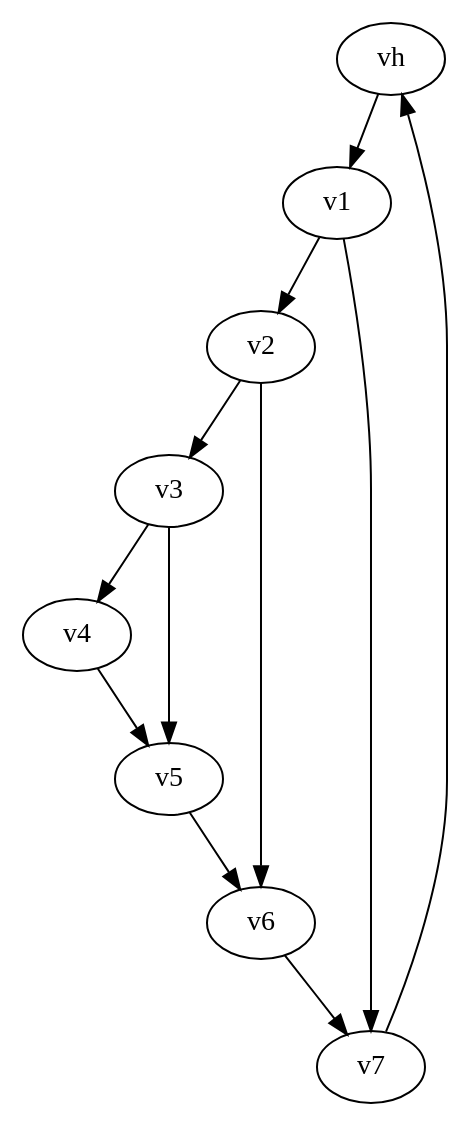
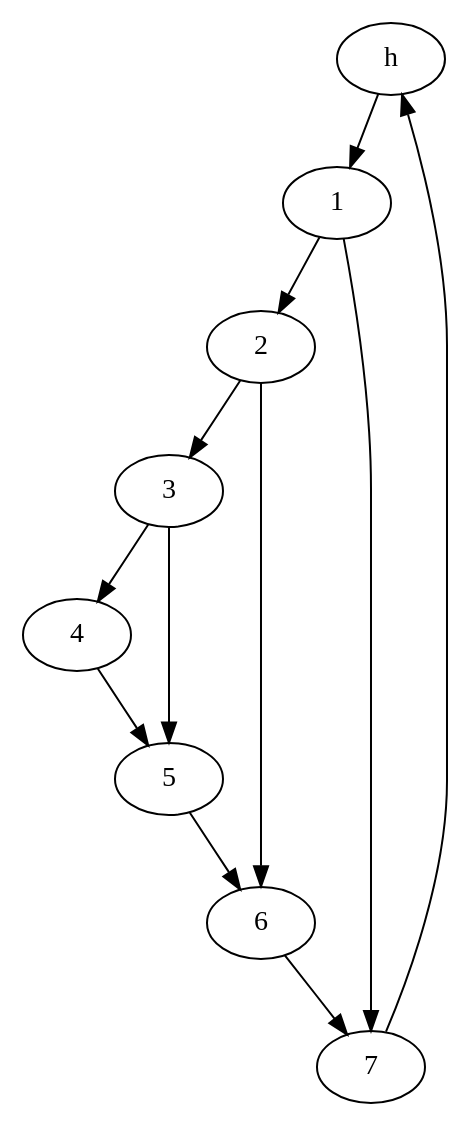
One commit to lterrac/circuit-retiming changed the diagram in graphs/correlator.dot. Above: the diagram before and after it, drawn with Graphviz. The commit also changed 2 other files, not shown here.

Commit message:
feat: add tuple weight to graph

```diff
--- a/graphs/correlator.dot
+++ b/graphs/correlator.dot
@@ -1,23 +1,23 @@
 strict digraph correlator {
 	graph [name=correlator];
-	vh	 [component_delay=0];
-	v1	 [component_delay=3];
-	v2	 [component_delay=3];
-	v3	 [component_delay=3];
-	v4	 [component_delay=3];
-	v5	 [component_delay=7];
-	v6	 [component_delay=7];
-	v7	 [component_delay=7];
+	h	 [component_delay=0];
+	1	 [component_delay=3];
+	2	 [component_delay=3];
+	3	 [component_delay=3];
+	4	 [component_delay=3];
+	5	 [component_delay=7];
+	6	 [component_delay=7];
+	7	 [component_delay=7];
 
-	vh -> v1	 [wire_delay=1];
-	v1 -> v2	 [wire_delay=1];
-	v1 -> v7	 [wire_delay=0];
-	v2 -> v3	 [wire_delay=1];
-	v2 -> v6	 [wire_delay=0];
-	v3 -> v4	 [wire_delay=1];
-	v3 -> v5	 [wire_delay=0];
-	v4 -> v5	 [wire_delay=0];
-	v7 -> vh	 [wire_delay=0];
-	v6 -> v7	 [wire_delay=0];
-	v5 -> v6	 [wire_delay=0];
+	h -> 1	 [wire_delay=1];
+	1 -> 2	 [wire_delay=1];
+	1 -> 7	 [wire_delay=0];
+	2 -> 3	 [wire_delay=1];
+	2 -> 6	 [wire_delay=0];
+	3 -> 4	 [wire_delay=1];
+	3 -> 5	 [wire_delay=0];
+	4 -> 5	 [wire_delay=0];
+	7 -> h	 [wire_delay=0];
+	6 -> 7	 [wire_delay=0];
+	5 -> 6	 [wire_delay=0];
 }
```
